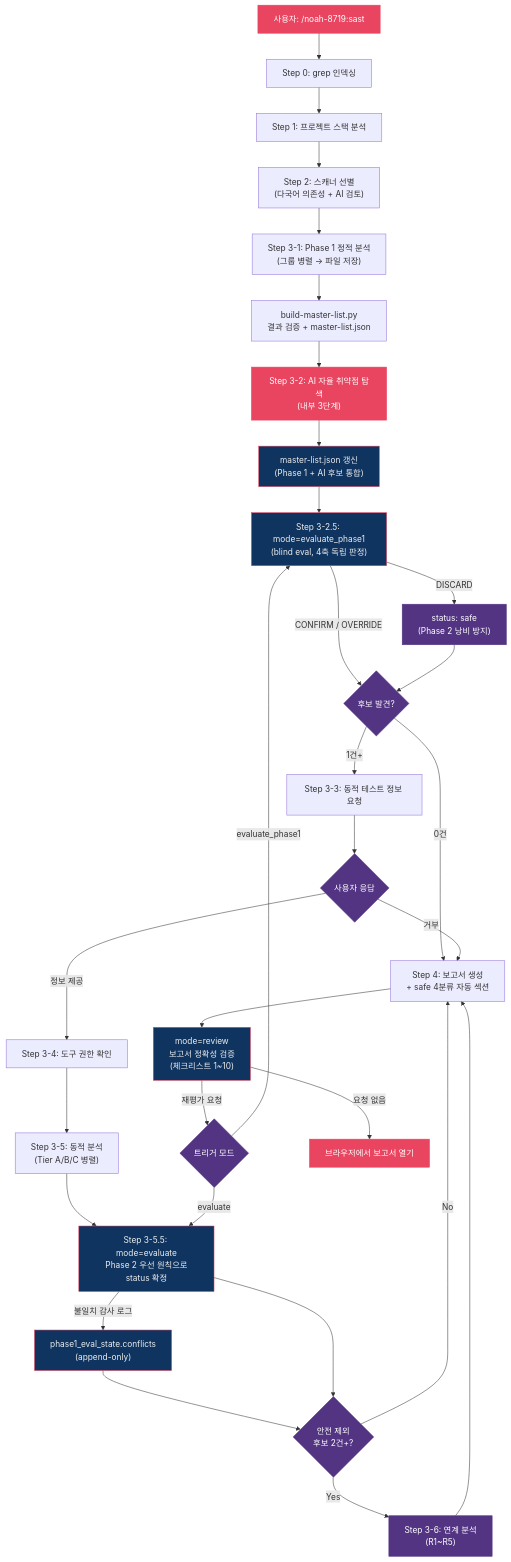
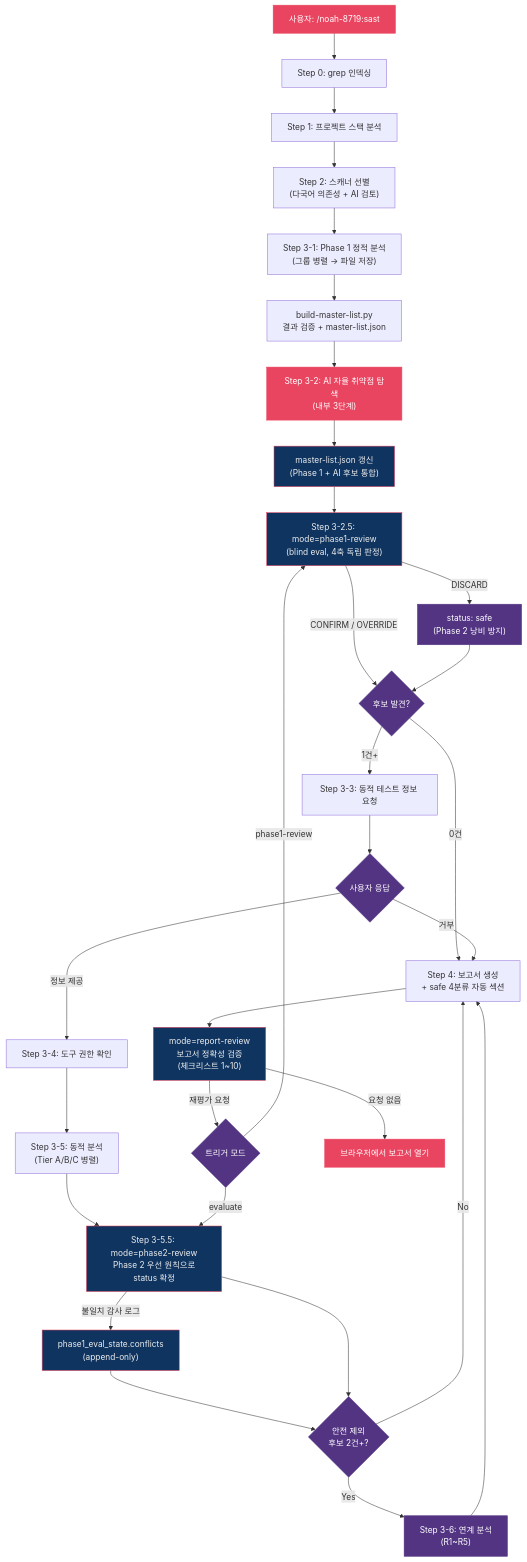
The diagram in README.md (nomarlhack/noah-sast), drawn with Mermaid before and after one commit. The commit also changed other lines of this file and 20 other files, not shown here.

First line of the commit message:
refactor(sast): 3모드를 phase1-review / phase2-review / report-review로 전면 재명명

````diff
--- a/README.md
+++ b/README.md
@@ -38,47 +38,47 @@
 ```mermaid
 flowchart TD
     User["사용자: /noah-8719:sast"] --> S0["Step 0: grep 인덱싱"]
     S0 --> S1["Step 1: 프로젝트 스택 분석"]
     S1 --> S2["Step 2: 스캐너 선별\n(다국어 의존성 + AI 검토)"]
     S2 --> S3["Step 3-1: Phase 1 정적 분석\n(그룹 병렬 → 파일 저장)"]
     S3 --> BML2["build-master-list.py\n결과 검증 + master-list.json"]
     BML2 --> AI["Step 3-2: AI 자율 취약점 탐색\n(내부 3단계)"]
     AI --> MLUpdate2["master-list.json 갱신\n(Phase 1 + AI 후보 통합)"]
-    MLUpdate2 --> EvalP1["Step 3-2.5: mode=evaluate_phase1\n(blind eval, 4축 독립 판정)"]
+    MLUpdate2 --> EvalP1["Step 3-2.5: mode=phase1-review\n(blind eval, 4축 독립 판정)"]
     EvalP1 -->|DISCARD| ML_Safe["status: safe\n(Phase 2 낭비 방지)"]
     EvalP1 -->|CONFIRM / OVERRIDE| Check{후보 발견?}
     ML_Safe --> Check
     Check -->|0건| S4["Step 4: 보고서 생성\n+ safe 4분류 자동 섹션"]
     Check -->|1건+| Ask["Step 3-3: 동적 테스트 정보 요청"]
     Ask --> UserReply{사용자 응답}
     UserReply -->|정보 제공| Perm["Step 3-4: 도구 권한 확인"]
     UserReply -->|거부| S4
     Perm --> Dynamic["Step 3-5: 동적 분석\n(Tier A/B/C 병렬)"]
-    Dynamic --> Eval["Step 3-5.5: mode=evaluate\nPhase 2 우선 원칙으로\nstatus 확정"]
+    Dynamic --> Eval["Step 3-5.5: mode=phase2-review\nPhase 2 우선 원칙으로\nstatus 확정"]
     Eval -->|불일치 감사 로그| Conflicts["phase1_eval_state.conflicts\n(append-only)"]
     Conflicts --> ChainCheck
     Eval --> ChainCheck{"안전 제외\n후보 2건+?"}
     ChainCheck -->|Yes| Chain["Step 3-6: 연계 분석\n(R1~R5)"]
     ChainCheck -->|No| S4
     Chain --> S4
-    S4 --> Review["mode=review\n보고서 정확성 검증\n(체크리스트 1~10)"]
+    S4 --> Review["mode=report-review\n보고서 정확성 검증\n(체크리스트 1~10)"]
     Review -->|재평가 요청| RetryDecide{트리거 모드}
-    RetryDecide -->|evaluate_phase1| EvalP1
+    RetryDecide -->|phase1-review| EvalP1
     RetryDecide -->|evaluate| Eval
     Review -->|요청 없음| Open["브라우저에서 보고서 열기"]
 
     style User fill:#e94560,stroke:#e94560,color:#fff
     style AI fill:#e94560,stroke:#e94560,color:#fff
     style MLUpdate2 fill:#0f3460,stroke:#e94560,color:#eee
     style EvalP1 fill:#0f3460,stroke:#e94560,color:#eee
     style Eval fill:#0f3460,stroke:#e94560,color:#eee
     style Review fill:#0f3460,stroke:#e94560,color:#eee
     style Conflicts fill:#0f3460,stroke:#e94560,color:#eee
     style ML_Safe fill:#533483,stroke:#533483,color:#fff
     style Chain fill:#533483,stroke:#533483,color:#fff
     style Open fill:#e94560,stroke:#e94560,color:#fff
     style Check fill:#533483,stroke:#533483,color:#fff
     style ChainCheck fill:#533483,stroke:#533483,color:#fff
     style UserReply fill:#533483,stroke:#533483,color:#fff
     style RetryDecide fill:#533483,stroke:#533483,color:#fff
 ```
````
